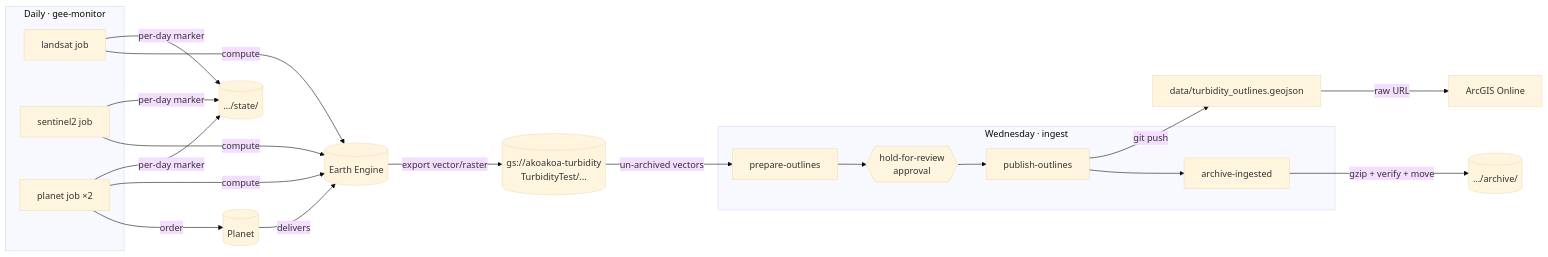
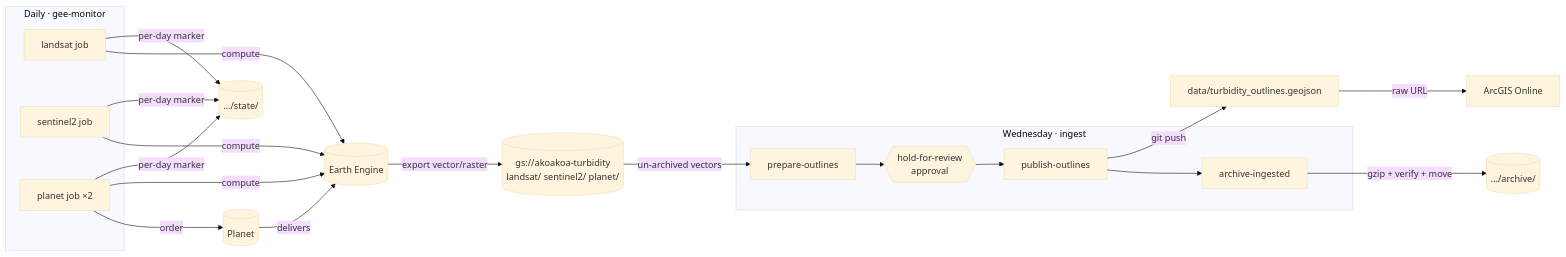
Before and after one commit to ASU-GDCS/akk_satellite_turbidity: the diagram in README.md, drawn with Mermaid (base theme). The commit also changed other lines of this file and 3 other files, not shown here.

First line of the commit message:
Flatten the bucket layout: drop the TurbidityTest/ prefix

````diff
--- a/README.md
+++ b/README.md
@@ -21,17 +21,17 @@
 ```mermaid
 flowchart LR
   subgraph Mon["Daily · gee-monitor"]
     L[landsat job] & S[sentinel2 job] & P[planet job ×2]
   end
   P -- order --> PL[(Planet)] -- delivers --> EE[(Earth Engine)]
   L & S & P -- compute --> EE
-  EE -- export vector/raster --> B[(gs://akoakoa-turbidity<br/>TurbidityTest/…)]
+  EE -- export vector/raster --> B[(gs://akoakoa-turbidity<br/>landsat/ sentinel2/ planet/)]
   L & S & P -- per-day marker --> ST[(…/state/)]
   subgraph Wed["Wednesday · ingest"]
     PR[prepare-outlines] --> H{{hold-for-review<br/>approval}} --> PU[publish-outlines] --> AR[archive-ingested]
   end
   B -- un-archived vectors --> PR
   PU -- git push --> GJ[data/turbidity_outlines.geojson]
   GJ -- raw URL --> AGOL[ArcGIS Online]
   AR -- gzip + verify + move --> AV[(…/archive/)]
 ```
````
